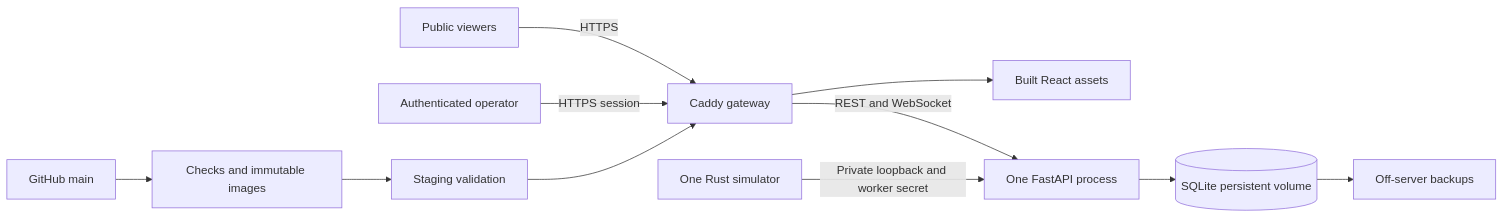
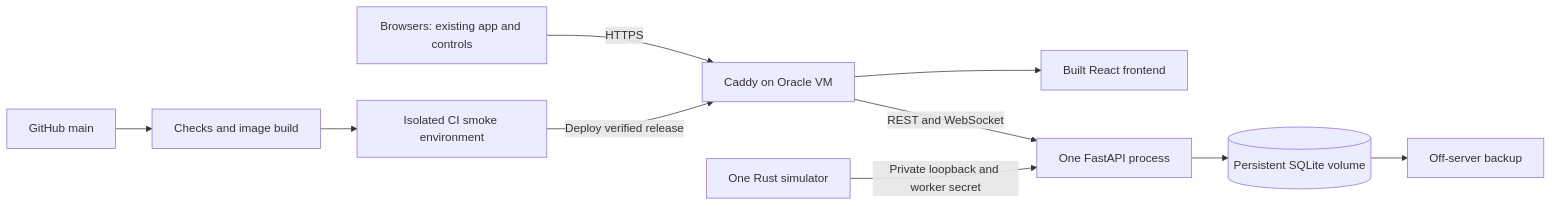
The diagram in docs/web-publishing-plan.md (LameAstronaut/health-monitoring-software-for-astronauts), drawn with Mermaid before and after one commit. The commit also changed other lines of this file, not shown here.

Commit message:
Revise publishing plan for Oracle VM and unchanged public frontend

````diff
--- a/docs/web-publishing-plan.md
+++ b/docs/web-publishing-plan.md
@@ -51,13 +23,12 @@
 ```mermaid
 flowchart LR
-    V[Public viewers] -->|HTTPS| G[Caddy gateway]
-    O[Authenticated operator] -->|HTTPS session| G
-    G --> F[Built React assets]
+    U[Browsers: existing app and controls] -->|HTTPS| G[Caddy on Oracle VM]
+    G --> F[Built React frontend]
     G -->|REST and WebSocket| A[One FastAPI process]
     R[One Rust simulator] -->|Private loopback and worker secret| A
-    A --> D[(SQLite persistent volume)]
-    D --> B[Off-server backups]
-    H[GitHub main] --> C[Checks and immutable images]
-    C --> S[Staging validation]
-    S --> G
+    A --> D[(Persistent SQLite volume)]
+    D --> B[Off-server backup]
+    H[GitHub main] --> C[Checks and image build]
+    C --> T[Isolated CI smoke environment]
+    T -->|Deploy verified release| G
 ```
````
